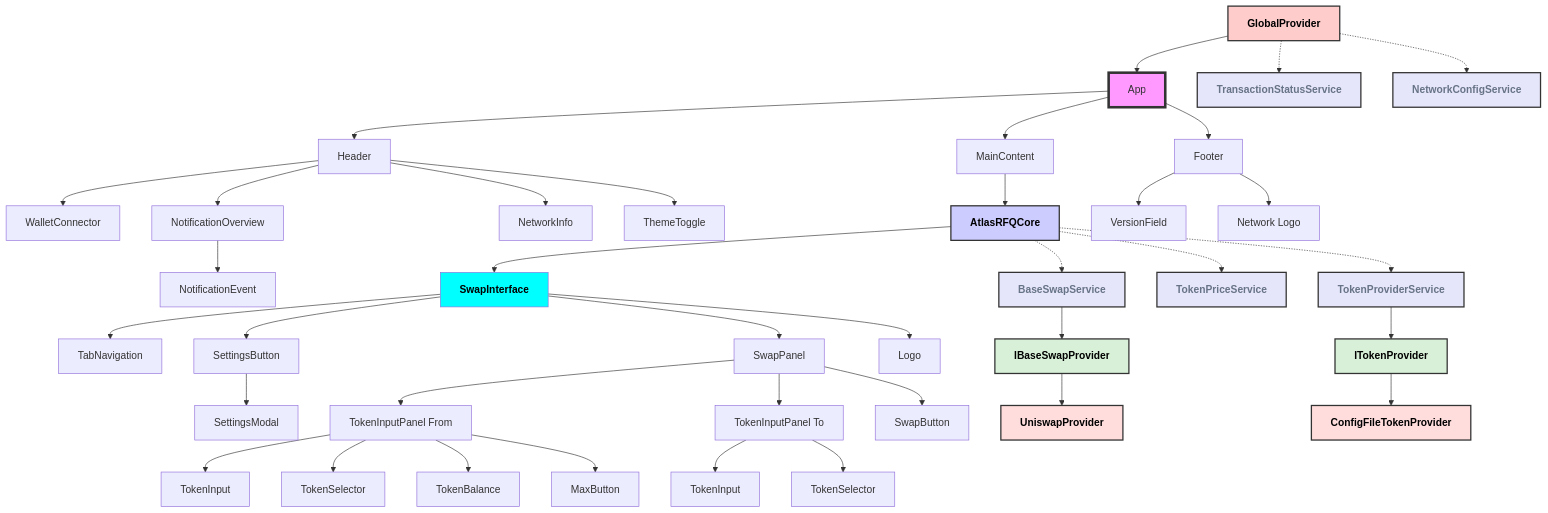
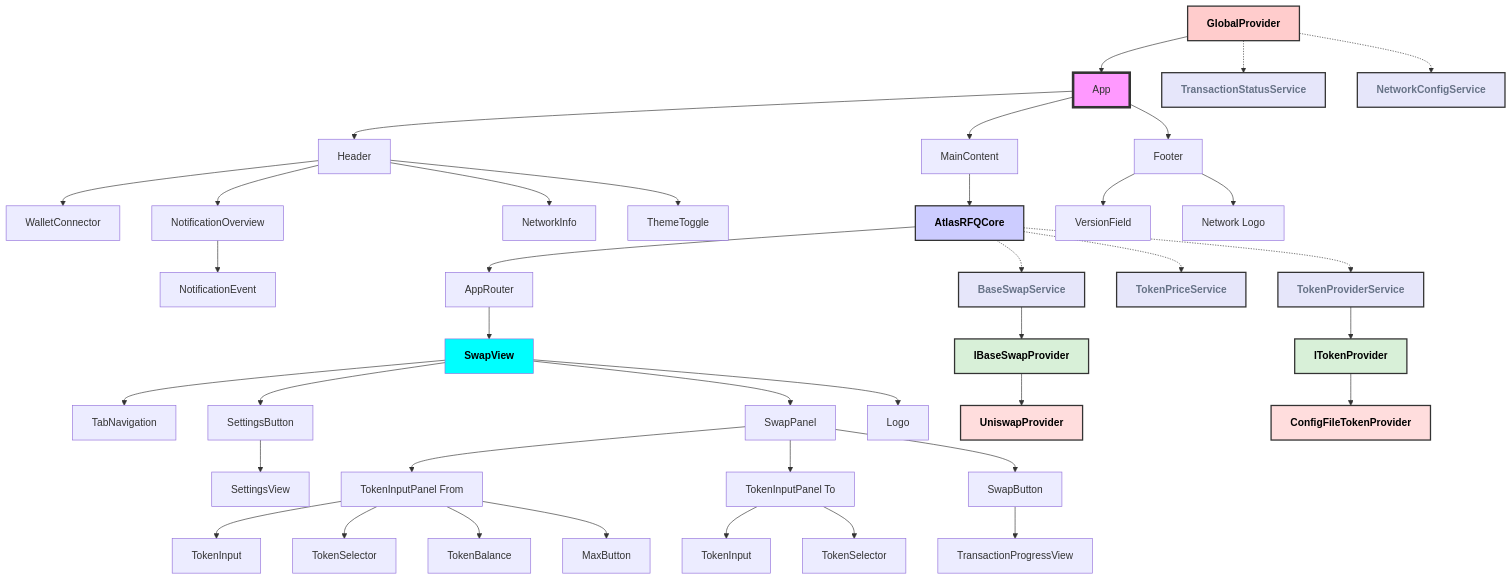
The sixth of 6 diagrams in docs/overview.md (FastLane-Labs/shMonad-frontend), drawn with Mermaid before and after one commit.

Commit message:
docs: update component diagram

```diff
--- a/docs/overview.md
+++ b/docs/overview.md
@@ -246,7 +246,9 @@
 
     C --> G[AtlasRFQCore]
 
-    G --> J[SwapInterface]
+    G --> Ja[AppRouter]
+
+    Ja --> J[SwapView]
     G -.-> V[BaseSwapService]
     G -.-> W[TokenPriceService]
     G -.-> R[TokenProviderService]
@@ -256,10 +258,12 @@
     J --> N[SettingsButton]
     J --> O[Logo]
 
-    N --> K[SettingsModal]
+    N --> K[SettingsView]
     M --> P[TokenInputPanel From]
     M --> Q[TokenInputPanel To]
     M --> S[SwapButton]
+
+    S --> T5[TransactionProgressView]
 
     P --> T1[TokenInput]
     P --> T2[TokenSelector]
```
